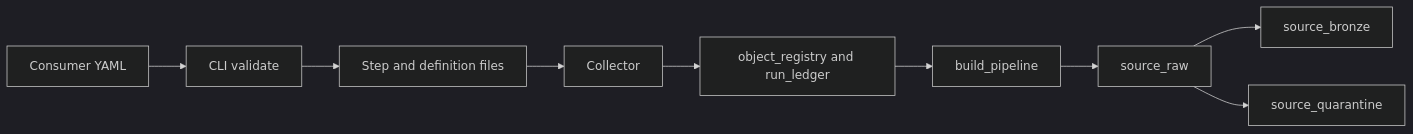
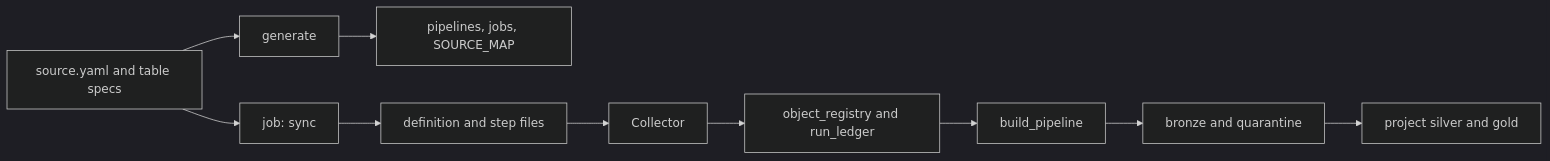
The diagram in framework_docs/ARCHITECTURE.md (NitinKeshavB/framework), drawn with Mermaid (dark theme) before and after one commit. The commit also changed other lines of this file and 74 other files, not shown here.

````diff
--- a/framework_docs/ARCHITECTURE.md
+++ b/framework_docs/ARCHITECTURE.md
@@ -24,11 +38,12 @@
 ```mermaid
 flowchart LR
-  yaml[Consumer YAML] --> cli[CLI validate]
-  cli --> files[Step and definition files]
+  spec[source.yaml and table specs] --> gen[generate]
+  gen --> res[pipelines, jobs, SOURCE_MAP]
+  spec --> sync[job: sync]
+  sync --> files[definition and step files]
   files --> collector[Collector]
   collector --> registry[object_registry and run_ledger]
   registry --> pipeline[build_pipeline]
-  pipeline --> raw[source_raw]
-  raw --> bronze[source_bronze]
-  raw --> quarantine[source_quarantine]
+  pipeline --> bronze[bronze and quarantine]
+  bronze --> silver[project silver and gold]
 ```
````
